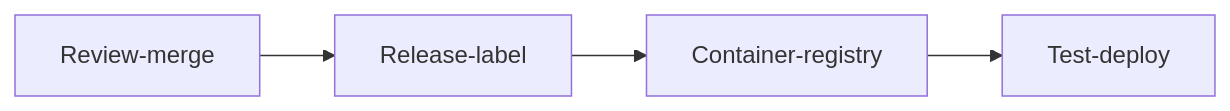
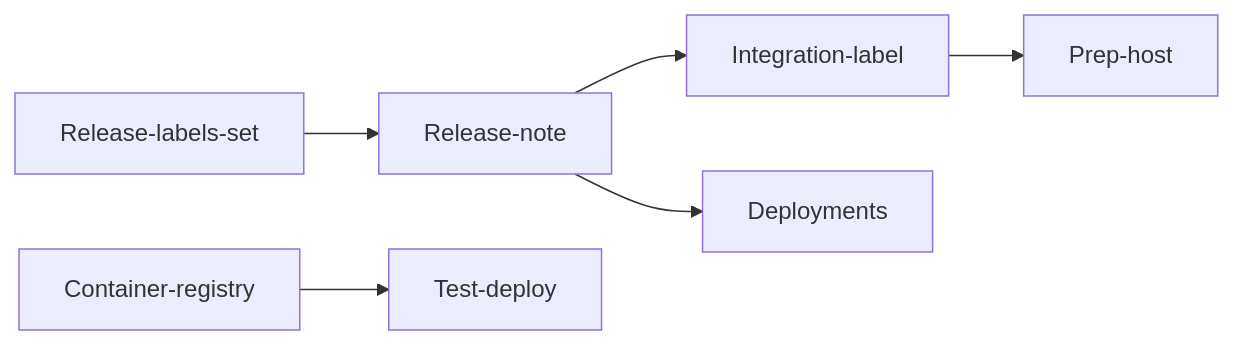
One commit to ncmsops/dev-manual changed the second of 2 diagrams in commit-to-cust-flow.md. Above: the diagram before and after it, drawn with Mermaid. The commit also changed other lines of this file and 1 other file, not shown here.

````diff
--- a/commit-to-cust-flow.md
+++ b/commit-to-cust-flow.md
@@ -57,6 +61,8 @@
 ```mermaid
   graph LR;
-      Review-merge-->Release-label;
-      Release-label-->Container-registry;
+      Release-labels-set-->Release-note
+      Release-note-->Integration-label
+      Integration-label-->Prep-host
+      Release-note-->Deployments
       Container-registry-->Test-deploy;
 ```
````
